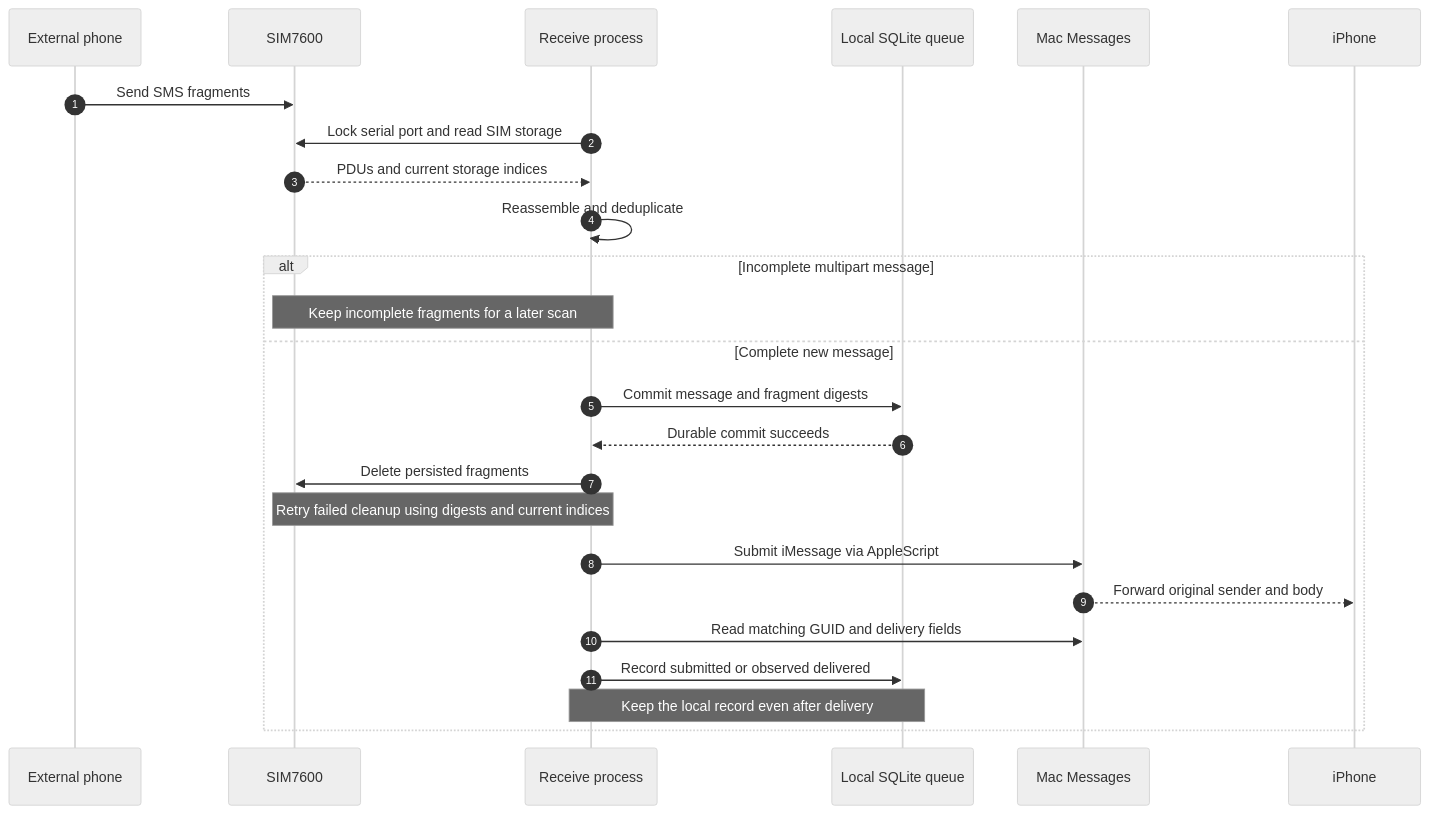
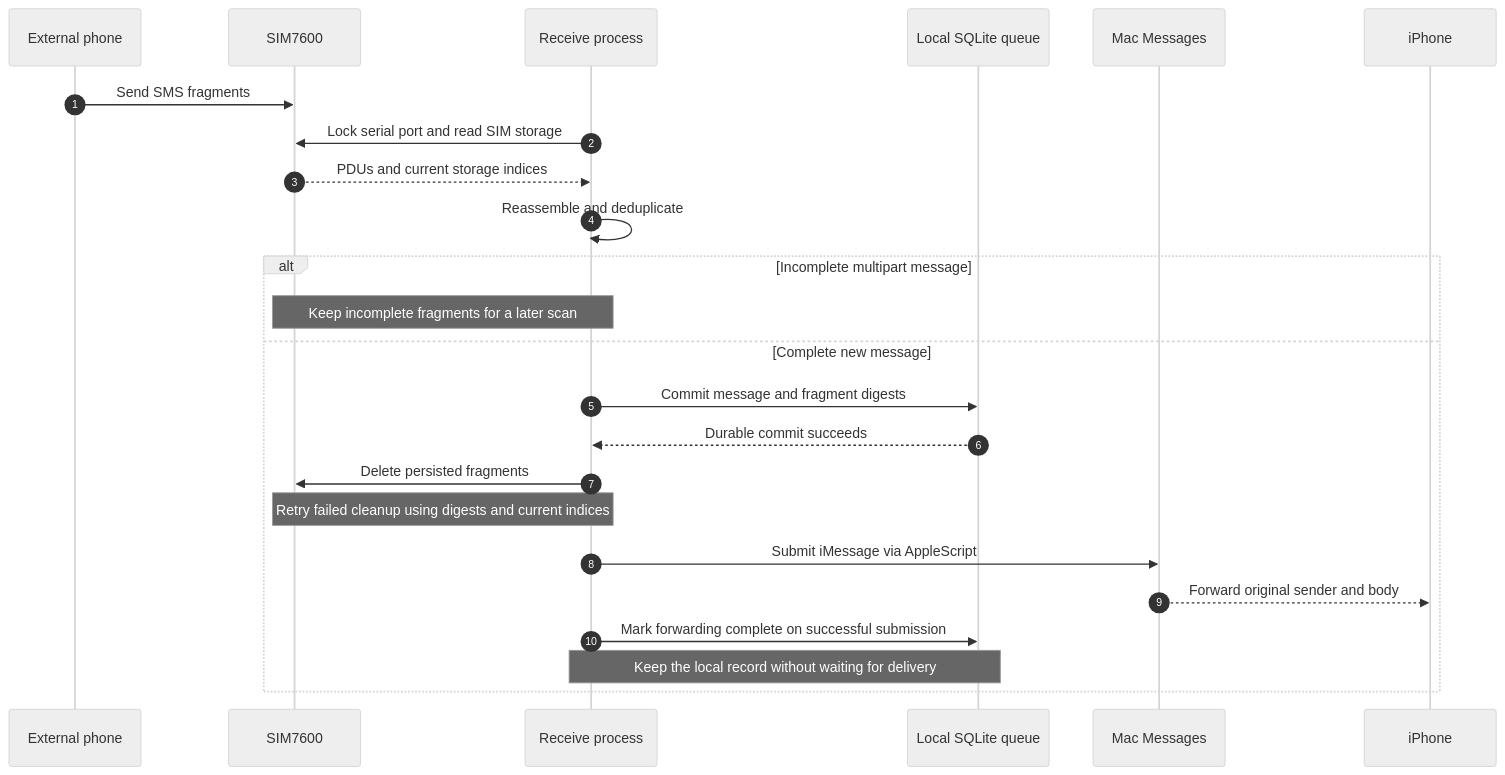
Before and after one commit to Yu-Ren-NEU/SMS-iMessage-Gateway: the first of 2 diagrams in README.md, drawn with Mermaid (neutral theme). The commit also changed other lines of this file and 4 other files, not shown here.

Commit message:
Complete incoming forwarding on iMessage submission without delivery checks

````diff
--- a/README.md
+++ b/README.md
@@ -71,27 +71,26 @@
 ```mermaid
 sequenceDiagram
     autonumber
     participant Phone as External phone
     participant Modem as SIM7600
     participant RX as Receive process
     participant Store as Local SQLite queue
     participant Messages as Mac Messages
     participant iPhone as iPhone
     Phone->>Modem: Send SMS fragments
     RX->>Modem: Lock serial port and read SIM storage
     Modem-->>RX: PDUs and current storage indices
     RX->>RX: Reassemble and deduplicate
     alt Incomplete multipart message
         Note over RX,Modem: Keep incomplete fragments for a later scan
     else Complete new message
         RX->>Store: Commit message and fragment digests
         Store-->>RX: Durable commit succeeds
         RX->>Modem: Delete persisted fragments
         Note over RX,Modem: Retry failed cleanup using digests and current indices
         RX->>Messages: Submit iMessage via AppleScript
         Messages-->>iPhone: Forward original sender and body
-        RX->>Messages: Read matching GUID and delivery fields
-        RX->>Store: Record submitted or observed delivered
-        Note over RX,Store: Keep the local record even after delivery
+        RX->>Store: Mark forwarding complete on successful submission
+        Note over RX,Store: Keep the local record without waiting for delivery
     end
 ```
````
